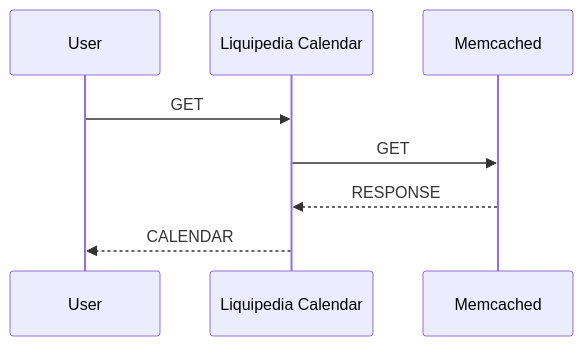
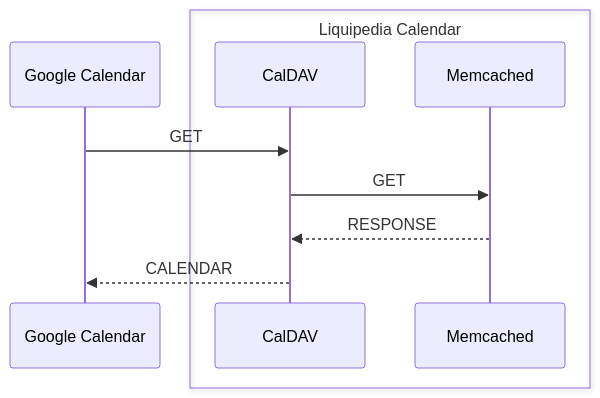
One commit to Napolitain/liquipedia-calendar changed the second of 2 diagrams in DESIGN.md. Above: the diagram before and after it, drawn with Mermaid. The commit also changed other lines of this file and 1 other file, not shown here.

````diff
--- a/DESIGN.md
+++ b/DESIGN.md
@@ -25,7 +31,12 @@
 ```mermaid
 sequenceDiagram
-    User->>Liquipedia Calendar: GET
-    Liquipedia Calendar->>Memcached: GET
-    Memcached-->>Liquipedia Calendar: RESPONSE
-    Liquipedia Calendar-->>User: CALENDAR
+    participant Google Calendar
+    box Liquipedia Calendar
+        participant CalDAV
+        participant Memcached
+    end
+    Google Calendar->>CalDAV: GET
+    CalDAV->>Memcached: GET
+    Memcached-->>CalDAV: RESPONSE
+    CalDAV-->>Google Calendar: CALENDAR
 ```
````
